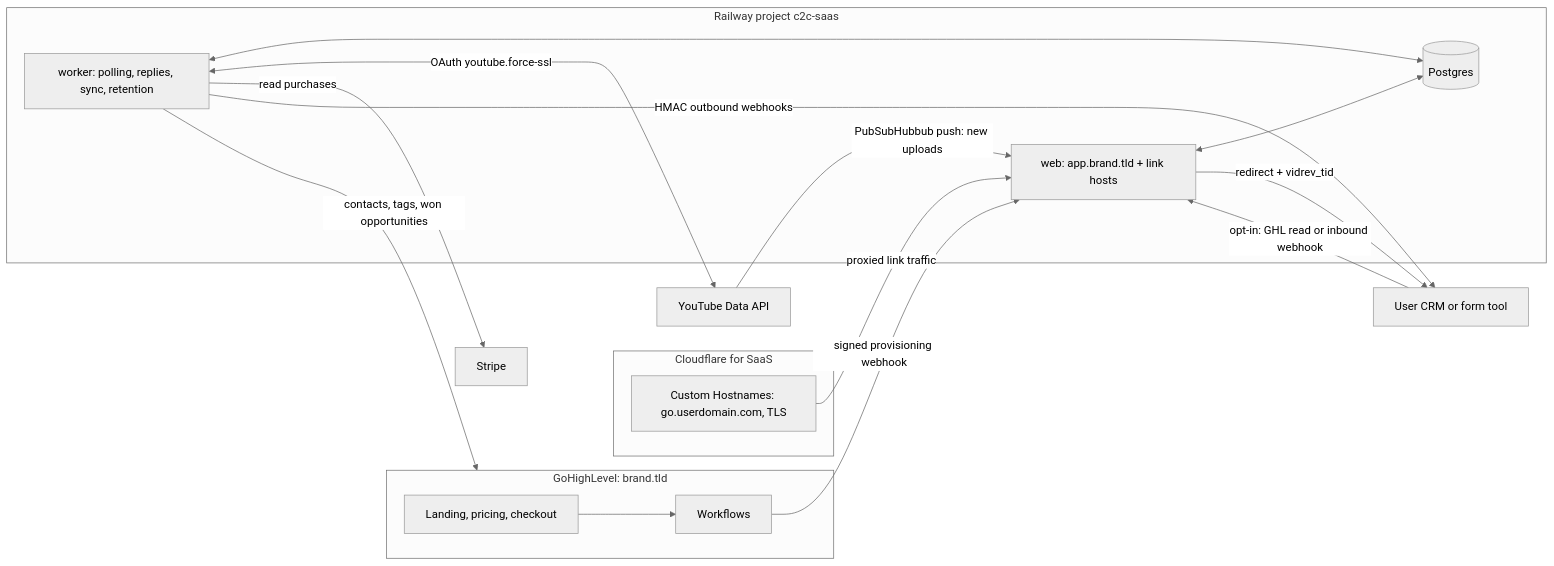
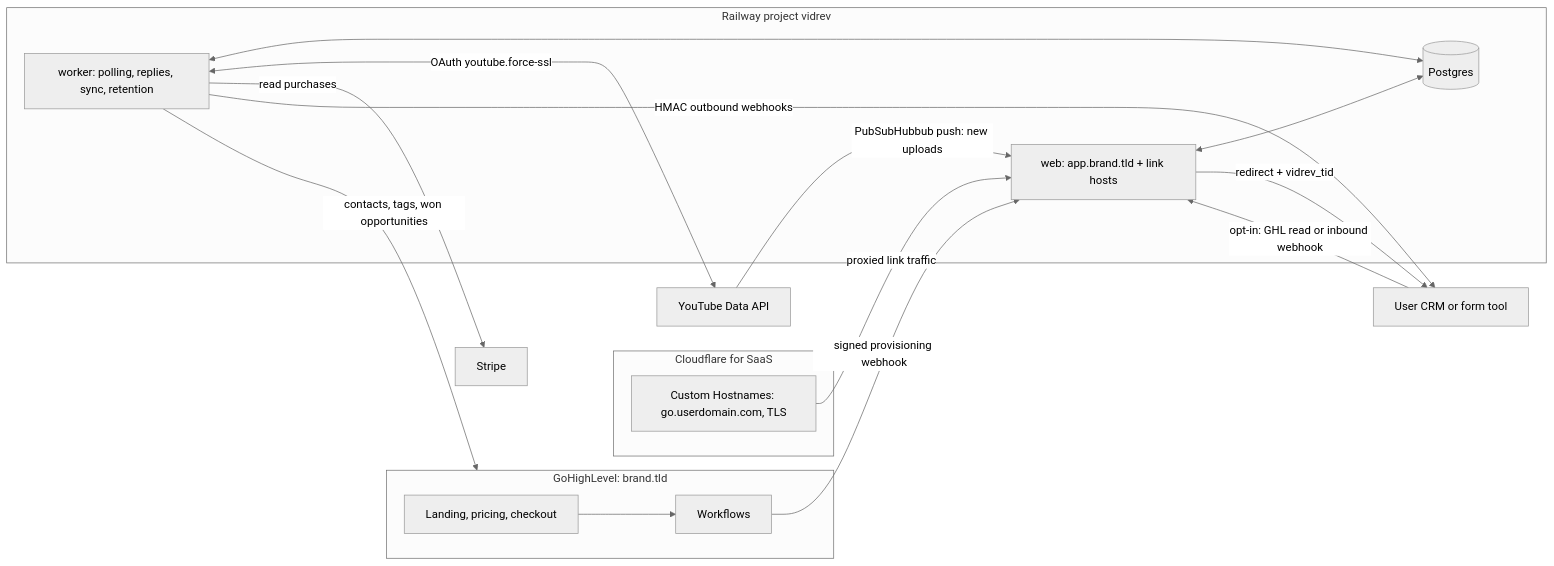
Before and after one commit to YogiZoli/vidrev: the diagram in docs/SPEC.md, drawn with Mermaid (neutral theme). The commit also changed other lines of this file and 22 other files, not shown here.

````diff
--- a/docs/SPEC.md
+++ b/docs/SPEC.md
@@ -35,29 +35,29 @@
 ```mermaid
 flowchart LR
   subgraph GHL[GoHighLevel: brand.tld]
     L[Landing, pricing, checkout]
     W[Workflows]
   end
   subgraph CF[Cloudflare for SaaS]
     CH[Custom Hostnames: go.userdomain.com, TLS]
   end
-  subgraph R[Railway project c2c-saas]
+  subgraph R[Railway project vidrev]
     WEB[web: app.brand.tld + link hosts]
     WK[worker: polling, replies, sync, retention]
     DB[(Postgres)]
   end
   YT[YouTube Data API]
   ST[Stripe]
   CRM[User CRM or form tool]
   L --> W -->|signed provisioning webhook| WEB
   CH -->|proxied link traffic| WEB
   WEB <--> DB
   WK <--> DB
   WK <-->|OAuth youtube.force-ssl| YT
   YT -->|PubSubHubbub push: new uploads| WEB
   WEB -->|redirect + vidrev_tid| CRM
   CRM -->|opt-in: GHL read or inbound webhook| WEB
   WK -->|read purchases| ST
   WK -->|contacts, tags, won opportunities| GHL
   WK -->|HMAC outbound webhooks| CRM
 ```
````
